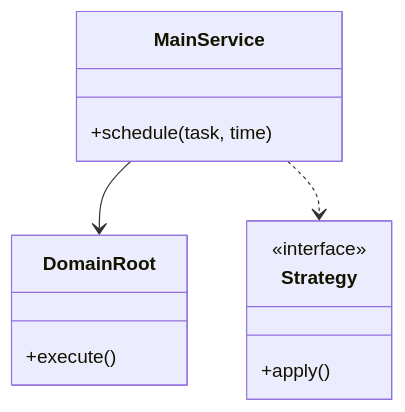
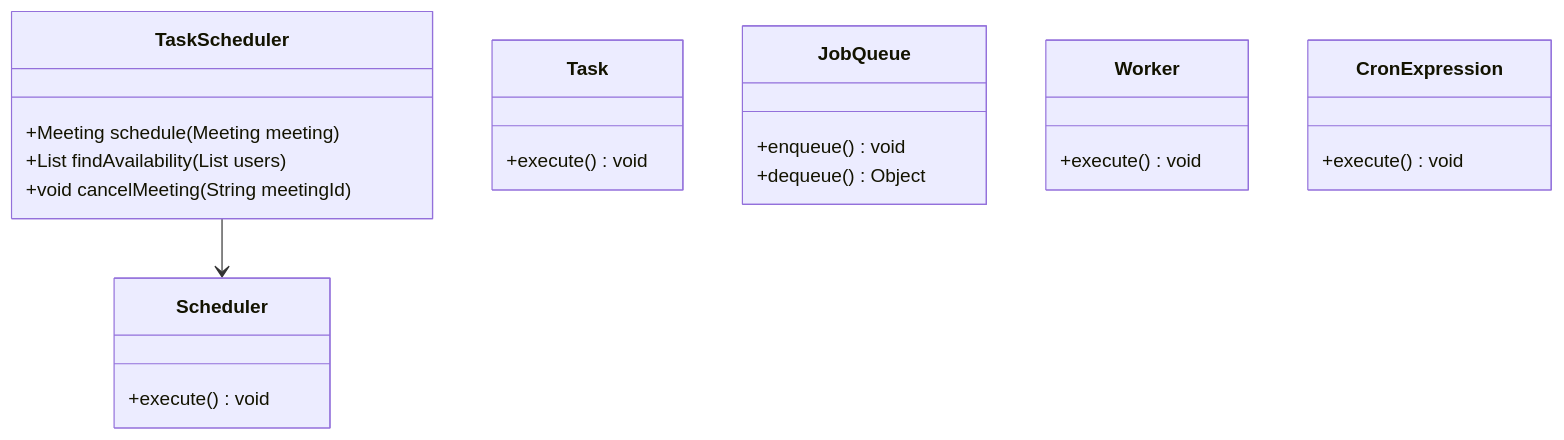
Before and after one commit to madhupaila/Interview-Prep-SSE: the first of 3 diagrams in Learn/System Design - Low Level Design/02-classic-ood/questions/Q16-task-scheduler.md, drawn with Mermaid. The commit also changed other lines of this file and 491 other files, not shown here.

````diff
--- a/Learn/System Design - Low Level Design/02-classic-ood/questions/Q16-task-scheduler.md
+++ b/Learn/System Design - Low Level Design/02-classic-ood/questions/Q16-task-scheduler.md
@@ -75,15 +92,25 @@
 ```mermaid
 classDiagram
-    class MainService {
-        +schedule(task, time)
+    class TaskScheduler {
+        +Meeting schedule(Meeting meeting)
+        +List<TimeSlot> findAvailability(List<Participant> users)
+        +void cancelMeeting(String meetingId)
     }
-    class DomainRoot {
-        +execute()
+    class Scheduler {
+        +execute() void
     }
-    class Strategy {
-        <<interface>>
-        +apply()
+    class Task {
+        +execute() void
     }
-    MainService --> DomainRoot
-    MainService ..> Strategy
+    class JobQueue {
+        +enqueue() void
+        +dequeue() Object
+    }
+    class Worker {
+        +execute() void
+    }
+    class CronExpression {
+        +execute() void
+    }
+    TaskScheduler --> Scheduler
 ```
````
